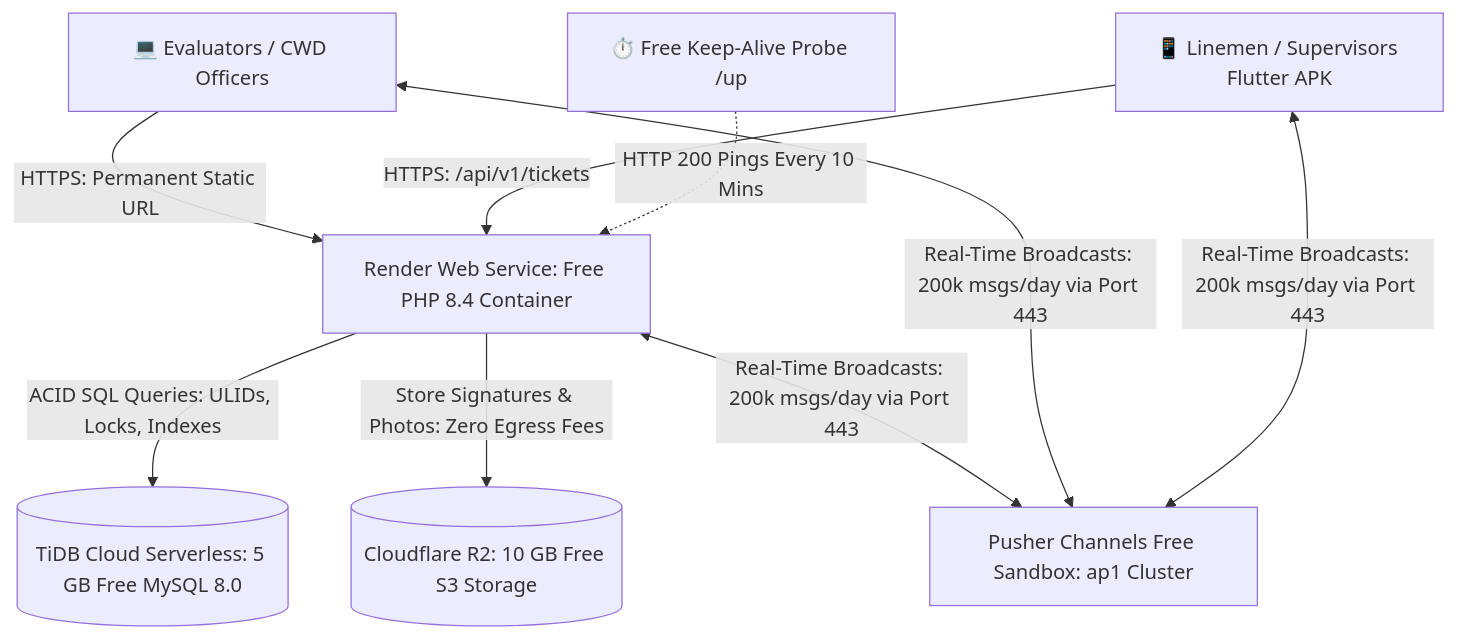
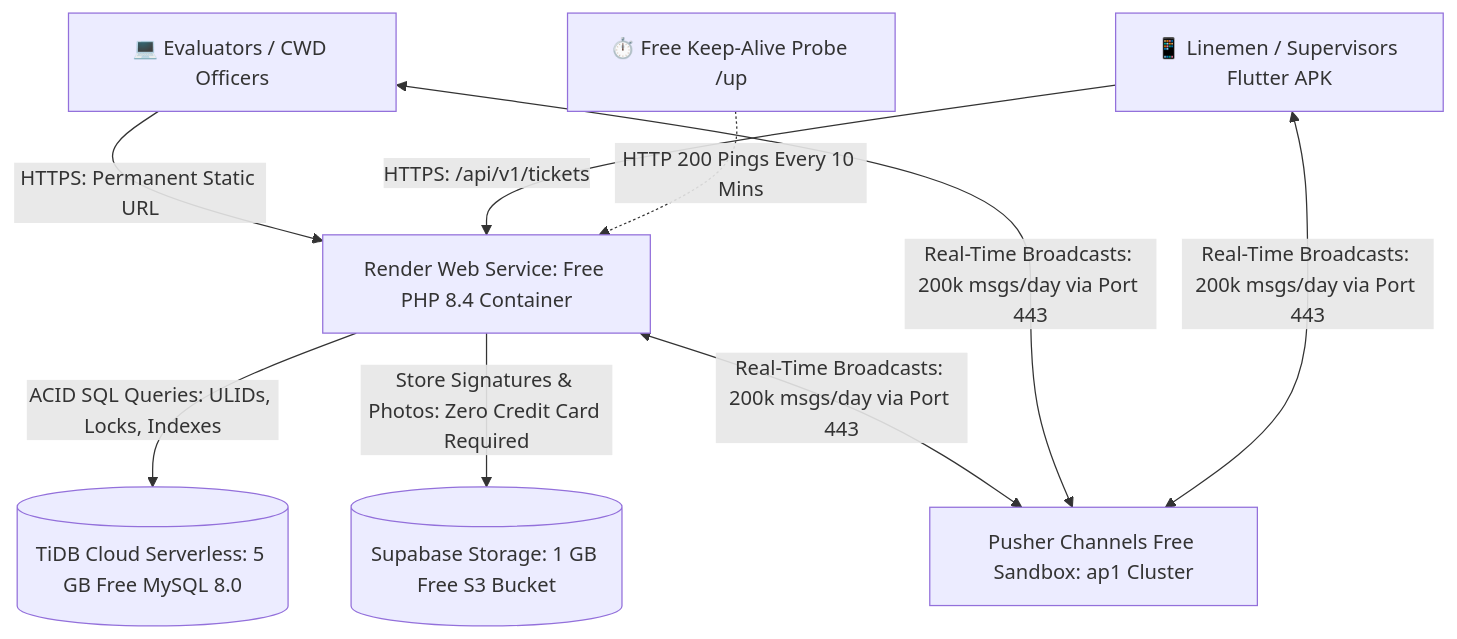
Before and after one commit to FernandezCorporate/-NEW-CRM-PALECO: the diagram in docs/dev/CLOUD_DEPLOYMENT_AND_UAT_MASTER_GUIDE.md, drawn with Mermaid. The commit also changed other lines of this file and 1 other file, not shown here.

````diff
--- a/docs/dev/CLOUD_DEPLOYMENT_AND_UAT_MASTER_GUIDE.md
+++ b/docs/dev/CLOUD_DEPLOYMENT_AND_UAT_MASTER_GUIDE.md
@@ -15,12 +15,12 @@
 ```mermaid
 graph TD
     UserWeb[💻 Evaluators / CWD Officers] -->|HTTPS: Permanent Static URL| Render[Render Web Service: Free PHP 8.4 Container]
     UserMobile[📱 Linemen / Supervisors Flutter APK] -->|HTTPS: /api/v1/tickets| Render
     
     Render -->|ACID SQL Queries: ULIDs, Locks, Indexes| TiDB[(TiDB Cloud Serverless: 5 GB Free MySQL 8.0)]
-    Render -->|Store Signatures & Photos: Zero Egress Fees| R2[(Cloudflare R2: 10 GB Free S3 Storage)]
+    Render -->|Store Signatures & Photos: Zero Credit Card Required| Supabase[(Supabase Storage: 1 GB Free S3 Bucket)]
     
     Render & UserWeb & UserMobile <-->|Real-Time Broadcasts: 200k msgs/day via Port 443| Pusher[Pusher Channels Free Sandbox: ap1 Cluster]
     
     UptimeRobot[⏱️ Free Keep-Alive Probe /up] -.->|HTTP 200 Pings Every 10 Mins| Render
 ```
````
